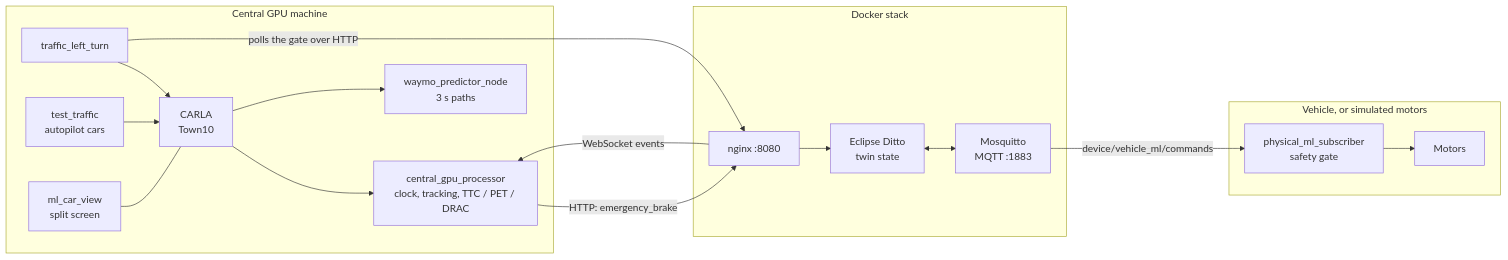
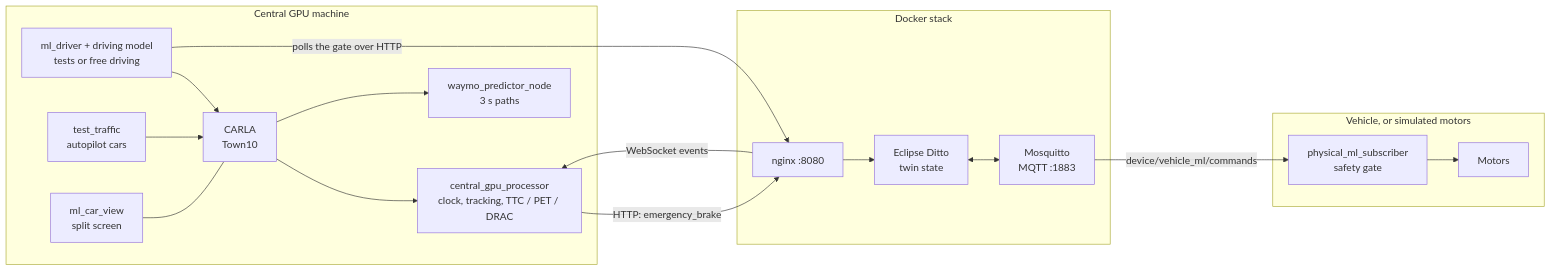
One commit to JaceMonforton/Intersection-Digital-Twin-2027 changed the diagram in README.md. Above: the diagram before and after it, drawn with Mermaid. The commit also changed other lines of this file and 9 other files, not shown here.

````diff
--- a/README.md
+++ b/README.md
@@ -200,22 +259,22 @@
 ```mermaid
 flowchart LR
     subgraph GPU["Central GPU machine"]
         C["CARLA<br/>Town10"] --> P["central_gpu_processor<br/>clock, tracking, TTC / PET / DRAC"]
         C --> W["waymo_predictor_node<br/>3 s paths"]
-        S["traffic_left_turn"] --> C
+        S["ml_driver + driving model<br/>tests or free driving"] --> C
         T["test_traffic<br/>autopilot cars"] --> C
         V["ml_car_view<br/>split screen"] --- C
     end
     subgraph Infra["Docker stack"]
         N["nginx :8080"] --> D["Eclipse Ditto<br/>twin state"]
         Q["Mosquitto<br/>MQTT :1883"]
     end
     subgraph Vehicle["Vehicle, or simulated motors"]
         G["physical_ml_subscriber<br/>safety gate"] --> M["Motors"]
     end
     N -->|WebSocket events| P
     P -->|"HTTP: emergency_brake"| N
     D <--> Q
     Q -->|device/vehicle_ml/commands| G
     S -->|polls the gate over HTTP| N
 ```
````
